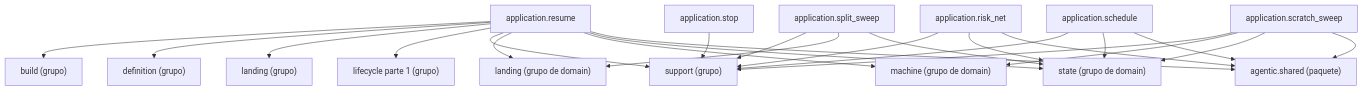
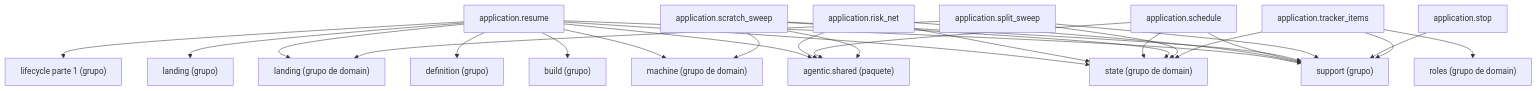
Before and after one commit to GonzaloZevallos/agentic-system: the diagram in docs/architecture/generated/packages-process-application-lifecycle-2.md, drawn with Mermaid. The commit also changed other lines of this file and 29 other files, not shown here.

Commit message:
Place application.tracker_items in the lifecycle docs cluster so the package pages stay within the cap

````diff
--- a/docs/architecture/generated/packages-process-application-lifecycle-2.md
+++ b/docs/architecture/generated/packages-process-application-lifecycle-2.md
@@ -17,41 +16,46 @@
 ```mermaid
 graph TD
     g_application__build["build (grupo)"]
     g_application__definition["definition (grupo)"]
     g_application__landing["landing (grupo)"]
     g_application__lifecycle__1["lifecycle parte 1 (grupo)"]
     g_application__support["support (grupo)"]
     g_domain__landing["landing (grupo de domain)"]
     g_domain__machine["machine (grupo de domain)"]
+    g_domain__roles["roles (grupo de domain)"]
     g_domain__state["state (grupo de domain)"]
     g_pkg__agentic__shared["agentic.shared (paquete)"]
     m_application__resume["application.resume"]
     m_application__risk_net["application.risk_net"]
     m_application__schedule["application.schedule"]
     m_application__scratch_sweep["application.scratch_sweep"]
     m_application__split_sweep["application.split_sweep"]
     m_application__stop["application.stop"]
+    m_application__tracker_items["application.tracker_items"]
     m_application__resume --> g_application__build
     m_application__resume --> g_application__definition
     m_application__resume --> g_application__landing
     m_application__resume --> g_application__lifecycle__1
     m_application__resume --> g_application__support
     m_application__resume --> g_domain__landing
     m_application__resume --> g_domain__machine
     m_application__resume --> g_domain__state
     m_application__resume --> g_pkg__agentic__shared
     m_application__risk_net --> g_application__support
     m_application__risk_net --> g_domain__state
     m_application__risk_net --> g_pkg__agentic__shared
     m_application__schedule --> g_application__support
     m_application__schedule --> g_domain__state
     m_application__schedule --> g_pkg__agentic__shared
     m_application__scratch_sweep --> g_application__support
     m_application__scratch_sweep --> g_domain__machine
     m_application__scratch_sweep --> g_domain__state
     m_application__scratch_sweep --> g_pkg__agentic__shared
     m_application__split_sweep --> g_application__support
     m_application__split_sweep --> g_domain__landing
     m_application__split_sweep --> g_domain__state
     m_application__stop --> g_application__support
+    m_application__tracker_items --> g_application__support
+    m_application__tracker_items --> g_domain__roles
+    m_application__tracker_items --> g_domain__state
 ```
````
